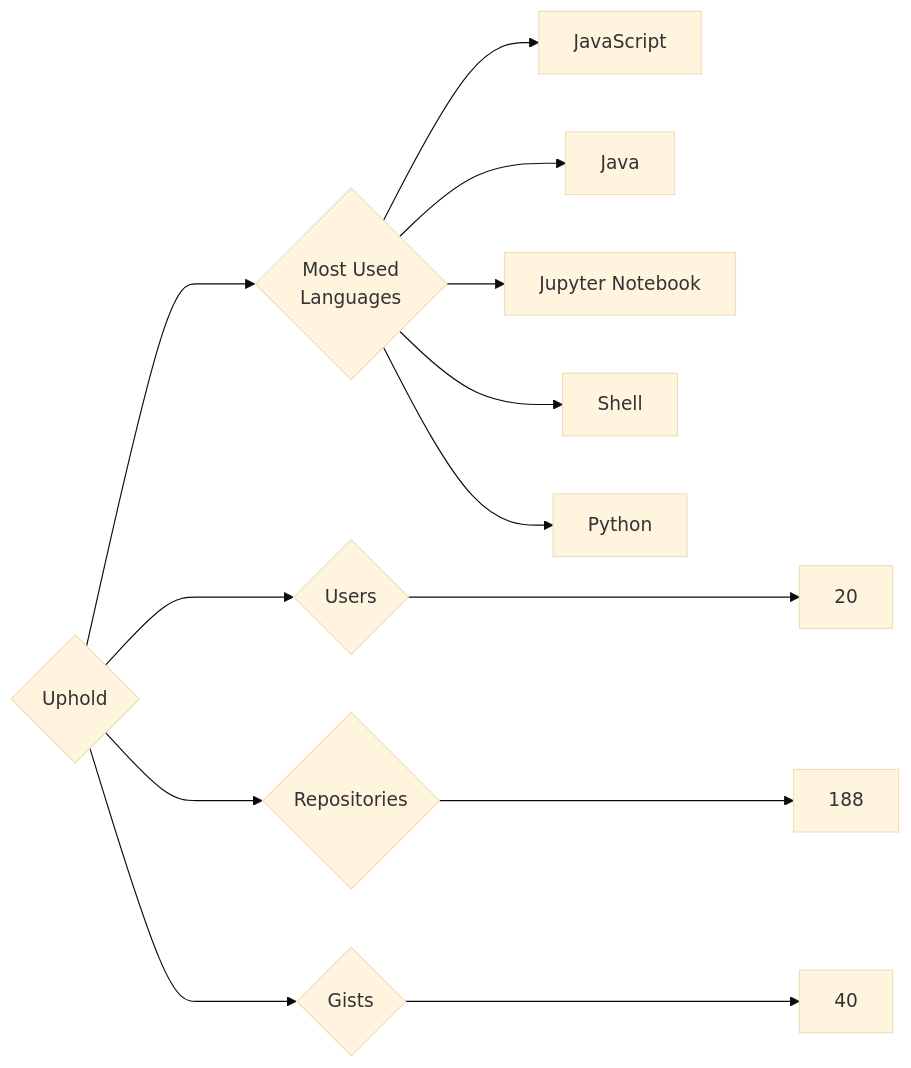
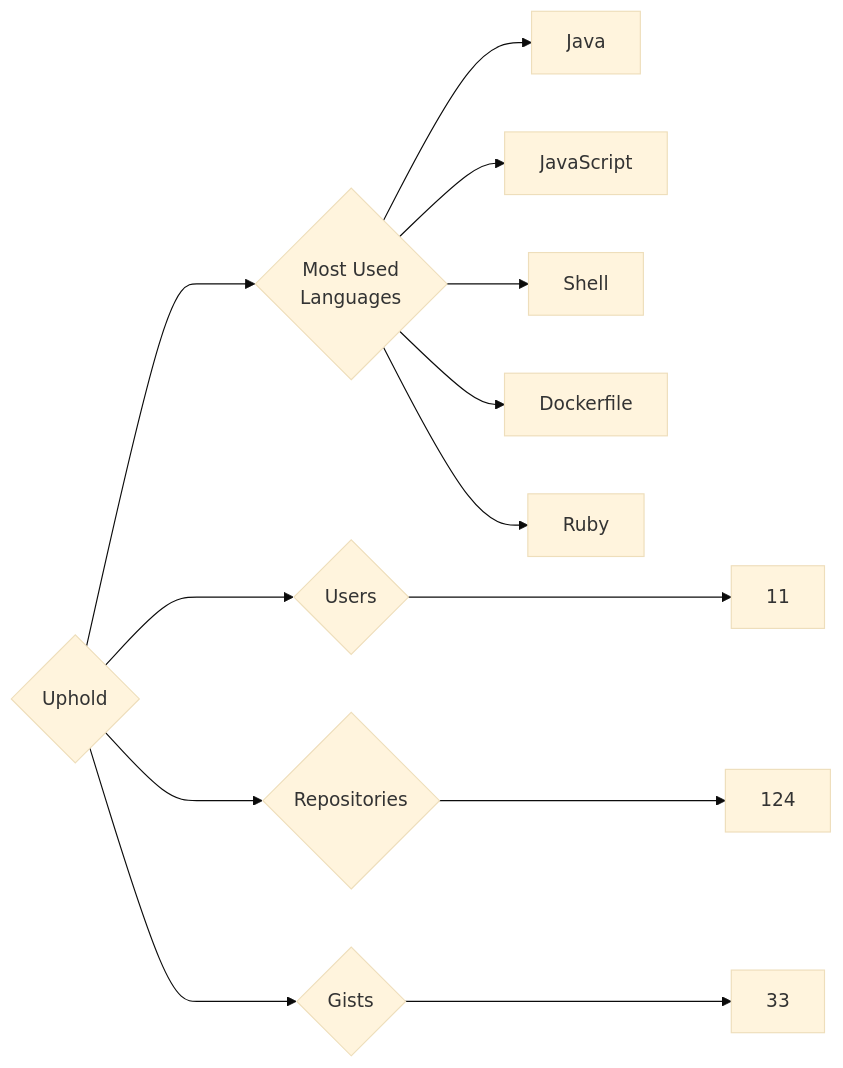
Before and after one commit to trickest/insiders: the diagram in targets/Uphold/README.md, drawn with Mermaid (base theme). The commit also changed 765 other files, not shown here.

````diff
--- a/targets/Uphold/README.md
+++ b/targets/Uphold/README.md
@@ -3,13 +3,13 @@
 ```mermaid
 graph LR
 COMPANY_NAME{Uphold}
-COMPANY_NAME ---> U{Users} ---> UN[20]
-COMPANY_NAME ---> R{Repositories} ---> RN[188]
-COMPANY_NAME ---> G{Gists} ---> GN[40]
+COMPANY_NAME ---> U{Users} ---> UN[11]
+COMPANY_NAME ---> R{Repositories} ---> RN[124]
+COMPANY_NAME ---> G{Gists} ---> GN[33]
 COMPANY_NAME ---> ML{Most Used<br>Languages}
+ML --> Java[Java]
 ML --> JavaScript[JavaScript]
-ML --> Java[Java]
-ML --> Jupyter_Notebook[Jupyter Notebook]
 ML --> Shell[Shell]
-ML --> Python[Python]
+ML --> Dockerfile[Dockerfile]
+ML --> Ruby[Ruby]
 ```
````
